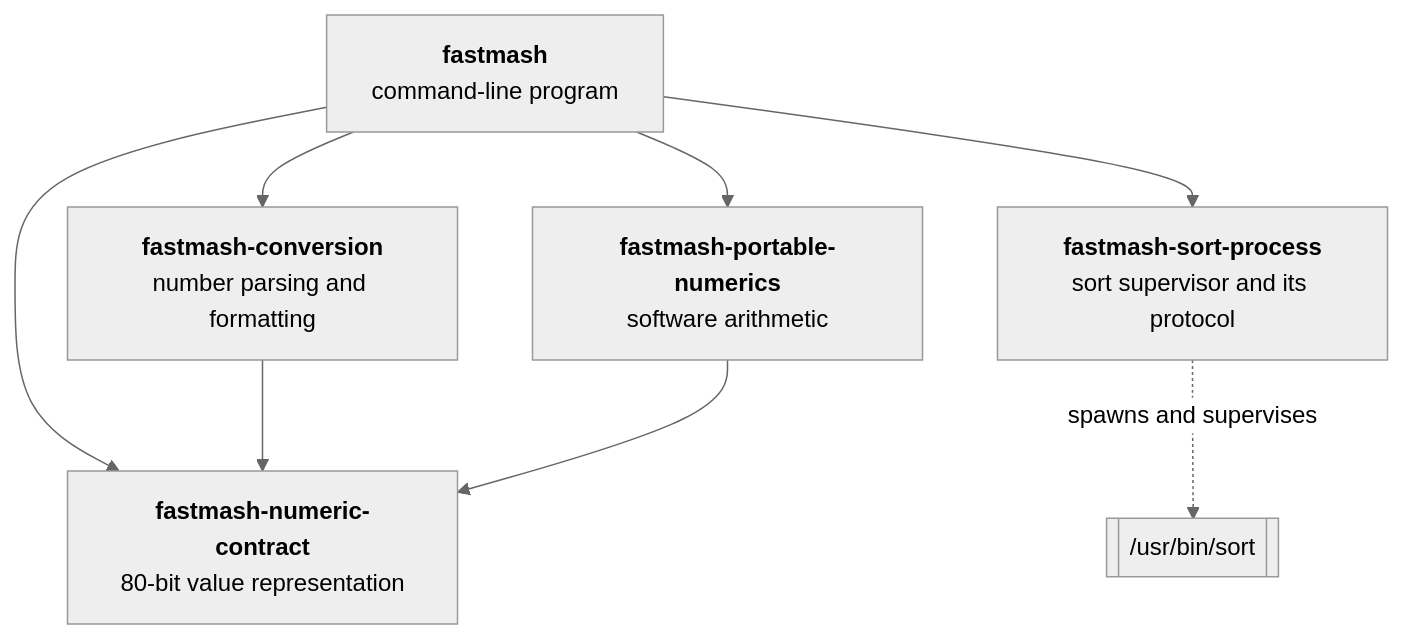
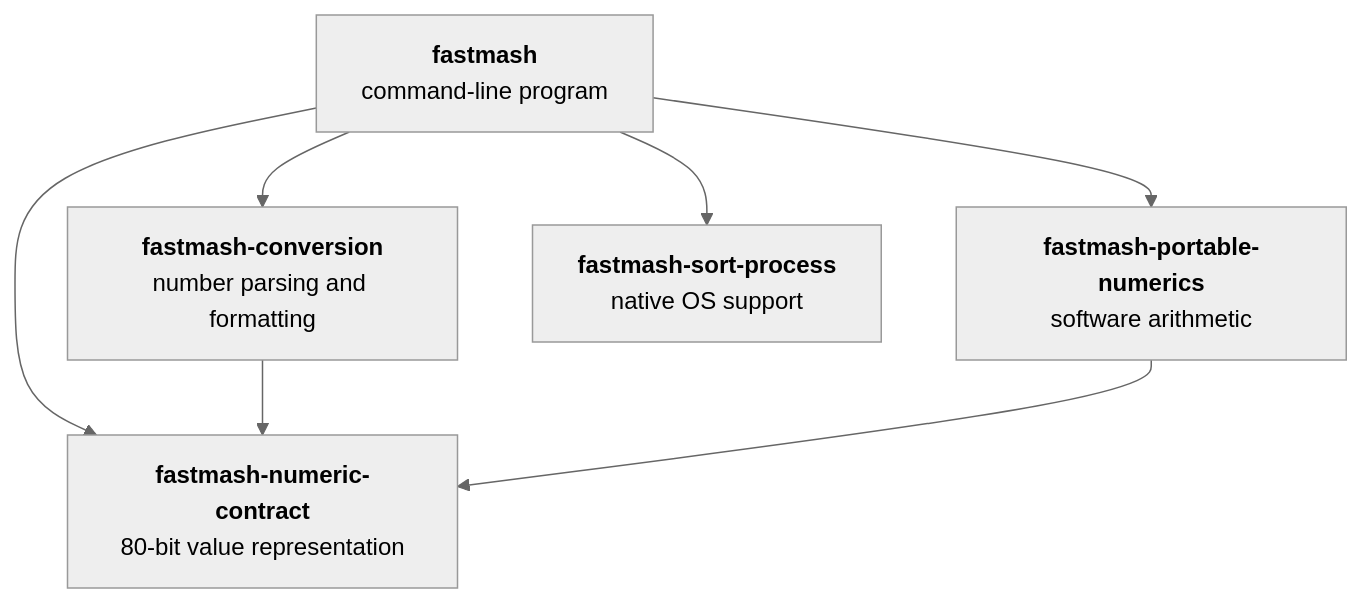
One commit to pederbe/fastmash changed the first of 3 diagrams in ARCHITECTURE.md. Above: the diagram before and after it, drawn with Mermaid (neutral theme). The commit also changed other lines of this file and 79 other files, not shown here.

````diff
--- a/ARCHITECTURE.md
+++ b/ARCHITECTURE.md
@@ -53,17 +55,15 @@
 ```mermaid
 graph TD
     cli["<b>fastmash</b><br/>command-line program"]
     conv["<b>fastmash-conversion</b><br/>number parsing and formatting"]
     pn["<b>fastmash-portable-numerics</b><br/>software arithmetic"]
     nc["<b>fastmash-numeric-contract</b><br/>80-bit value representation"]
-    sp["<b>fastmash-sort-process</b><br/>sort supervisor and its protocol"]
-    sort[["/usr/bin/sort"]]
+    sp["<b>fastmash-sort-process</b><br/>native OS support"]
 
     cli --> conv
     cli --> pn
     cli --> nc
     cli --> sp
     conv --> nc
     pn --> nc
-    sp -. "spawns and supervises" .-> sort
 ```
````
